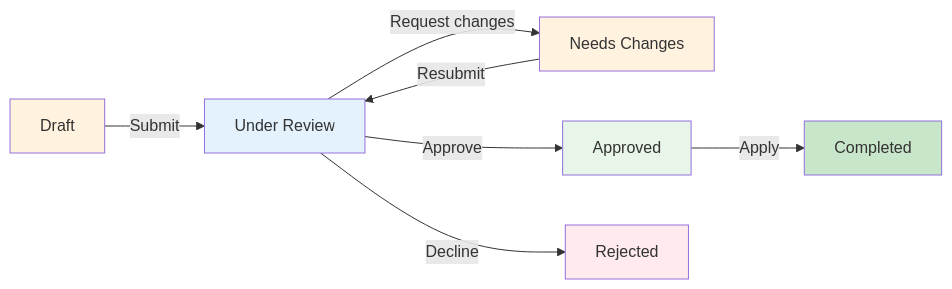
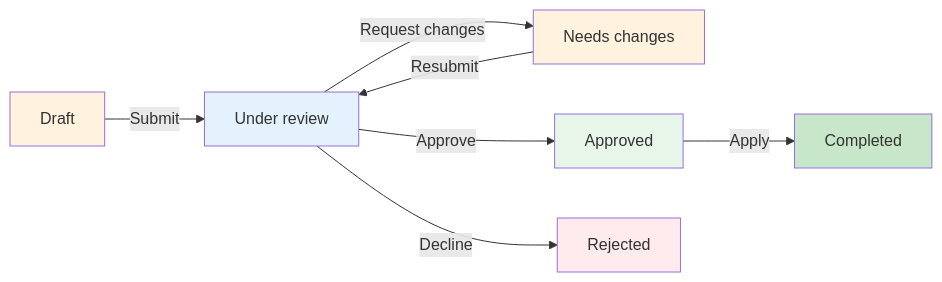
The first of 4 diagrams in docs/learn/concepts/change-requests.md (OpenSPP/documentation), drawn with Mermaid before and after one commit. The commit also changed other lines of this file and 36 other files, not shown here.

````diff
--- a/docs/learn/concepts/change-requests.md
+++ b/docs/learn/concepts/change-requests.md
@@ -41,16 +41,16 @@
 ```{mermaid}
 graph LR
-    Draft -->|Submit| Pending[Under Review]
-    Pending -->|Request changes| Revision[Needs Changes]
+    Draft -->|Submit| Pending[Under review]
+    Pending -->|Request changes| Revision[Needs changes]
     Revision -->|Resubmit| Pending
     Pending -->|Approve| Approved
     Pending -->|Decline| Rejected
     Approved -->|Apply| Applied[Completed]
 
     style Draft fill:#fff3e0
     style Pending fill:#e3f2fd
     style Approved fill:#e8f5e9
     style Applied fill:#c8e6c9
     style Rejected fill:#ffebee
     style Revision fill:#fff3e0
 ```
````
